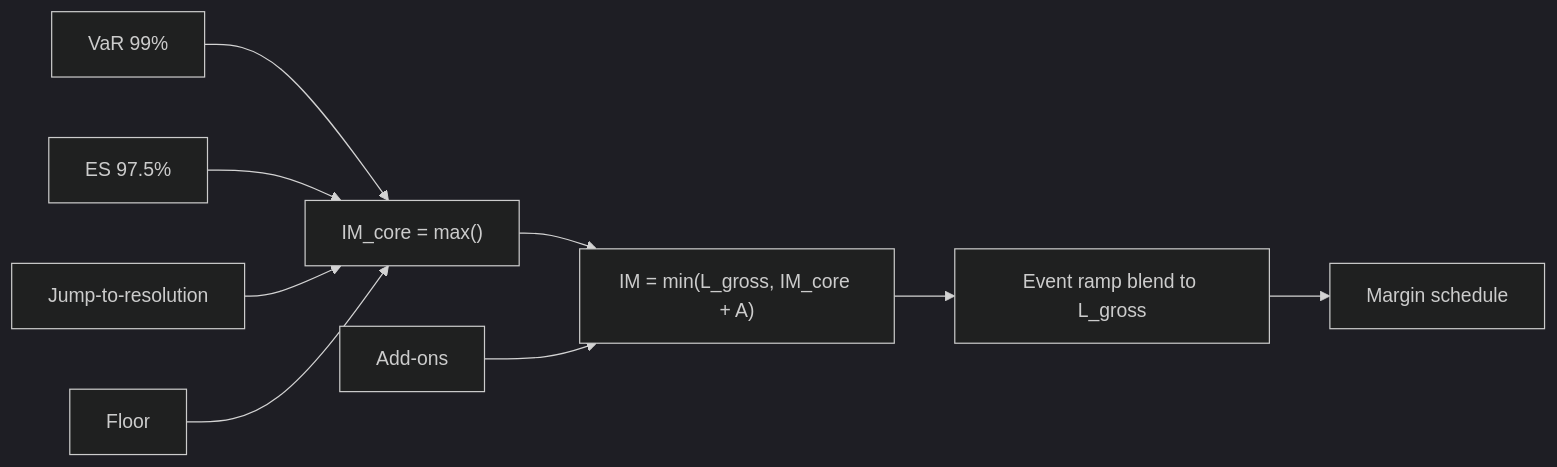
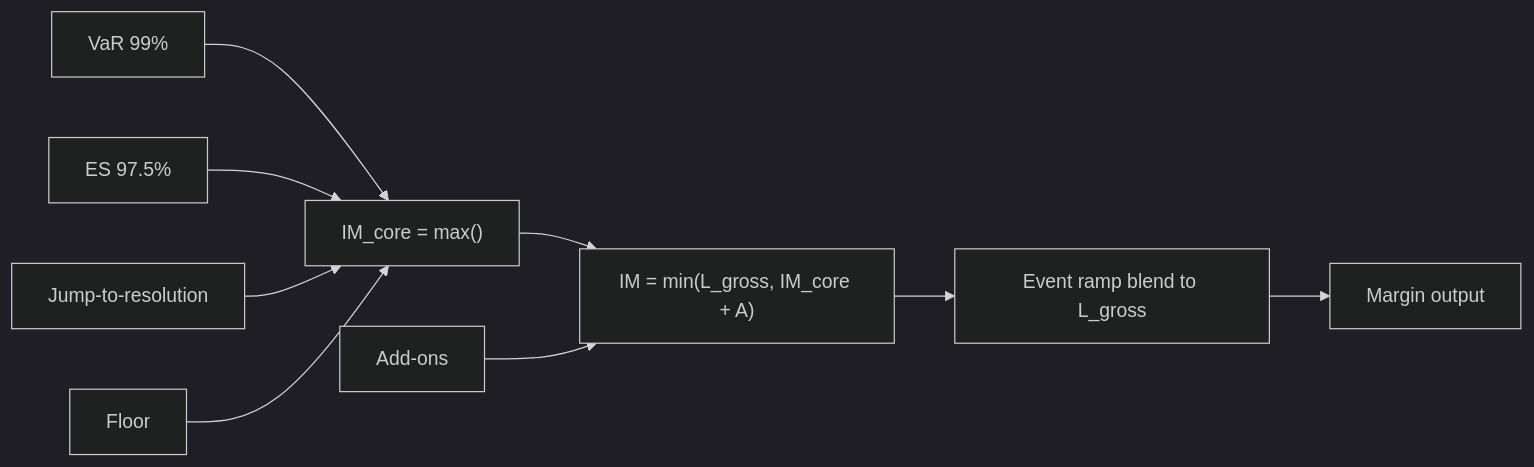
The fourth of 8 diagrams in docs/diagrams.md (LevonDerma1221/swans-docs), drawn with Mermaid (dark theme) before and after one commit. The commit also changed other lines of this file and 9 other files, not shown here.

````diff
--- a/docs/diagrams.md
+++ b/docs/diagrams.md
@@ -93,13 +81,13 @@
 ```mermaid
 flowchart LR
   VaR[VaR 99%] --> CORE
   ES[ES 97.5%] --> CORE
   JUMP[Jump-to-resolution] --> CORE
   FLOOR[Floor] --> CORE["IM_core = max()"]
 
   CORE --> HYBRID
   ADD[Add-ons] --> HYBRID["IM = min(L_gross, IM_core + A)"]
 
   HYBRID --> FINAL["Event ramp blend to L_gross"]
-  FINAL --> SCHED[Margin schedule]
+  FINAL --> OUT[Margin output]
 ```
````
